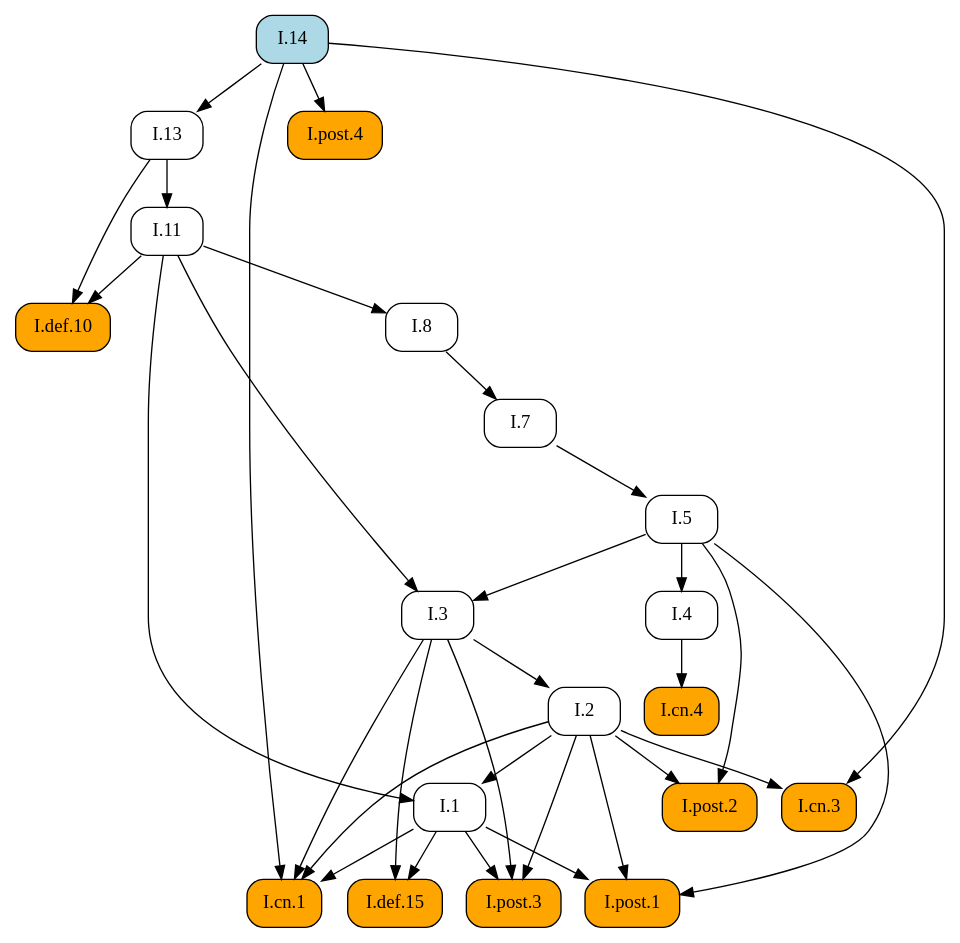
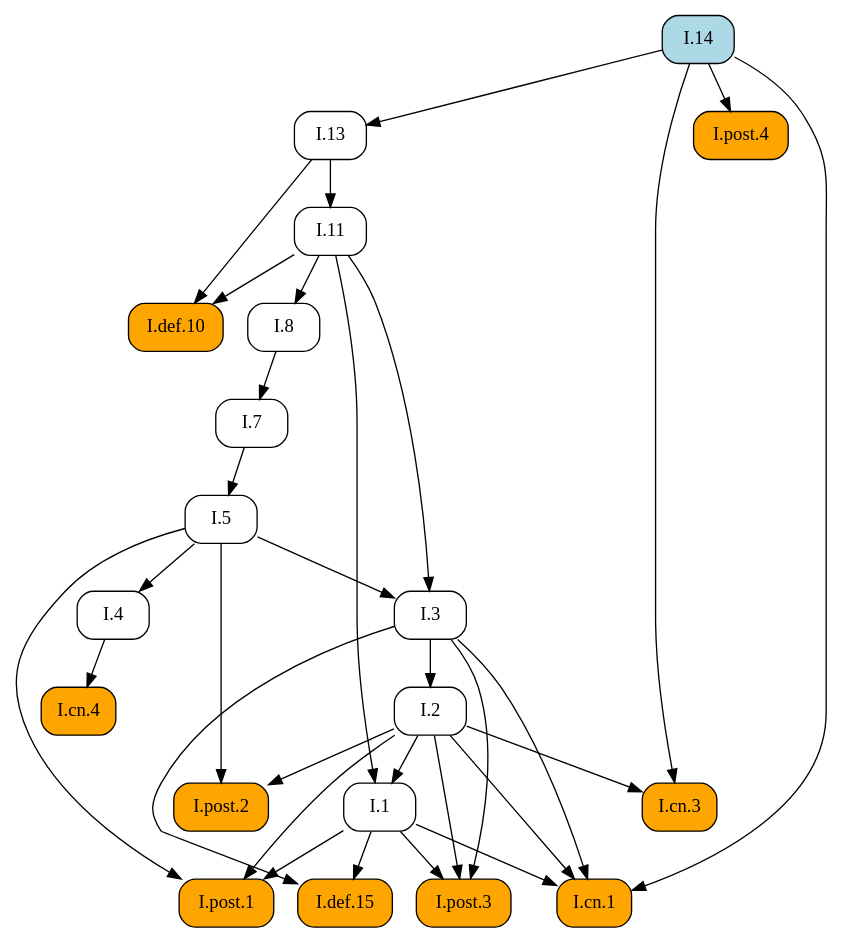
The diagram in docsrc/heath/I/14/index.rst (geometor/elements), drawn with Graphviz before and after one commit. The commit also changed other lines of this file and 484 other files, not shown here.

```diff
--- a/docsrc/heath/I/14/index.rst
+++ b/docsrc/heath/I/14/index.rst
@@ -82,56 +82,56 @@
 .. graphviz::
 
    digraph {
      rankdir="TB";
      node [shape=box, style=rounded];
+     "I.cn.1" [style="rounded,filled", fillcolor=orange, URL="/heath/I/cn.1/", target="_top"];
+     "I.7" [URL="/heath/I/7/", target="_top"];
+     "I.2" [URL="/heath/I/2/", target="_top"];
+     "I.def.15" [style="rounded,filled", fillcolor=orange, URL="/heath/I/def.15/", target="_top"];
+     "I.13" [URL="/heath/I/13/", target="_top"];
+     "I.post.4" [style="rounded,filled", fillcolor=orange, URL="/heath/I/post.4/", target="_top"];
+     "I.4" [URL="/heath/I/4/", target="_top"];
+     "I.1" [URL="/heath/I/1/", target="_top"];
+     "I.post.3" [style="rounded,filled", fillcolor=orange, URL="/heath/I/post.3/", target="_top"];
+     "I.post.1" [style="rounded,filled", fillcolor=orange, URL="/heath/I/post.1/", target="_top"];
+     "I.8" [URL="/heath/I/8/", target="_top"];
+     "I.5" [URL="/heath/I/5/", target="_top"];
+     "I.cn.3" [style="rounded,filled", fillcolor=orange, URL="/heath/I/cn.3/", target="_top"];
      "I.def.10" [style="rounded,filled", fillcolor=orange, URL="/heath/I/def.10/", target="_top"];
      "I.11" [URL="/heath/I/11/", target="_top"];
-     "I.post.4" [style="rounded,filled", fillcolor=orange, URL="/heath/I/post.4/", target="_top"];
-     "I.1" [URL="/heath/I/1/", target="_top"];
-     "I.7" [URL="/heath/I/7/", target="_top"];
-     "I.3" [URL="/heath/I/3/", target="_top"];
-     "I.2" [URL="/heath/I/2/", target="_top"];
-     "I.4" [URL="/heath/I/4/", target="_top"];
-     "I.13" [URL="/heath/I/13/", target="_top"];
-     "I.post.2" [style="rounded,filled", fillcolor=orange, URL="/heath/I/post.2/", target="_top"];
-     "I.def.15" [style="rounded,filled", fillcolor=orange, URL="/heath/I/def.15/", target="_top"];
-     "I.post.3" [style="rounded,filled", fillcolor=orange, URL="/heath/I/post.3/", target="_top"];
-     "I.cn.1" [style="rounded,filled", fillcolor=orange, URL="/heath/I/cn.1/", target="_top"];
-     "I.cn.3" [style="rounded,filled", fillcolor=orange, URL="/heath/I/cn.3/", target="_top"];
-     "I.8" [URL="/heath/I/8/", target="_top"];
      "I.cn.4" [style="rounded,filled", fillcolor=orange, URL="/heath/I/cn.4/", target="_top"];
      "I.14" [style="rounded,filled", fillcolor=lightblue, URL="/heath/I/14/", target="_top"];
-     "I.post.1" [style="rounded,filled", fillcolor=orange, URL="/heath/I/post.1/", target="_top"];
-     "I.5" [URL="/heath/I/5/", target="_top"];
-     "I.11" -> "I.def.10";
-     "I.13" -> "I.def.10";
-     "I.13" -> "I.11";
-     "I.14" -> "I.post.4";
-     "I.2" -> "I.1";
-     "I.11" -> "I.1";
-     "I.8" -> "I.7";
-     "I.5" -> "I.3";
-     "I.11" -> "I.3";
-     "I.3" -> "I.2";
-     "I.5" -> "I.4";
-     "I.14" -> "I.13";
-     "I.2" -> "I.post.2";
-     "I.5" -> "I.post.2";
-     "I.1" -> "I.def.15";
-     "I.3" -> "I.def.15";
-     "I.1" -> "I.post.3";
-     "I.2" -> "I.post.3";
-     "I.3" -> "I.post.3";
+     "I.post.2" [style="rounded,filled", fillcolor=orange, URL="/heath/I/post.2/", target="_top"];
+     "I.3" [URL="/heath/I/3/", target="_top"];
      "I.1" -> "I.cn.1";
      "I.2" -> "I.cn.1";
      "I.3" -> "I.cn.1";
      "I.14" -> "I.cn.1";
-     "I.2" -> "I.cn.3";
-     "I.14" -> "I.cn.3";
-     "I.11" -> "I.8";
-     "I.4" -> "I.cn.4";
+     "I.8" -> "I.7";
+     "I.3" -> "I.2";
+     "I.1" -> "I.def.15";
+     "I.3" -> "I.def.15";
+     "I.14" -> "I.13";
+     "I.14" -> "I.post.4";
+     "I.5" -> "I.4";
+     "I.2" -> "I.1";
+     "I.11" -> "I.1";
+     "I.1" -> "I.post.3";
+     "I.2" -> "I.post.3";
+     "I.3" -> "I.post.3";
      "I.1" -> "I.post.1";
      "I.2" -> "I.post.1";
      "I.5" -> "I.post.1";
+     "I.11" -> "I.8";
      "I.7" -> "I.5";
+     "I.2" -> "I.cn.3";
+     "I.14" -> "I.cn.3";
+     "I.11" -> "I.def.10";
+     "I.13" -> "I.def.10";
+     "I.13" -> "I.11";
+     "I.4" -> "I.cn.4";
+     "I.2" -> "I.post.2";
+     "I.5" -> "I.post.2";
+     "I.5" -> "I.3";
+     "I.11" -> "I.3";
    }
```
